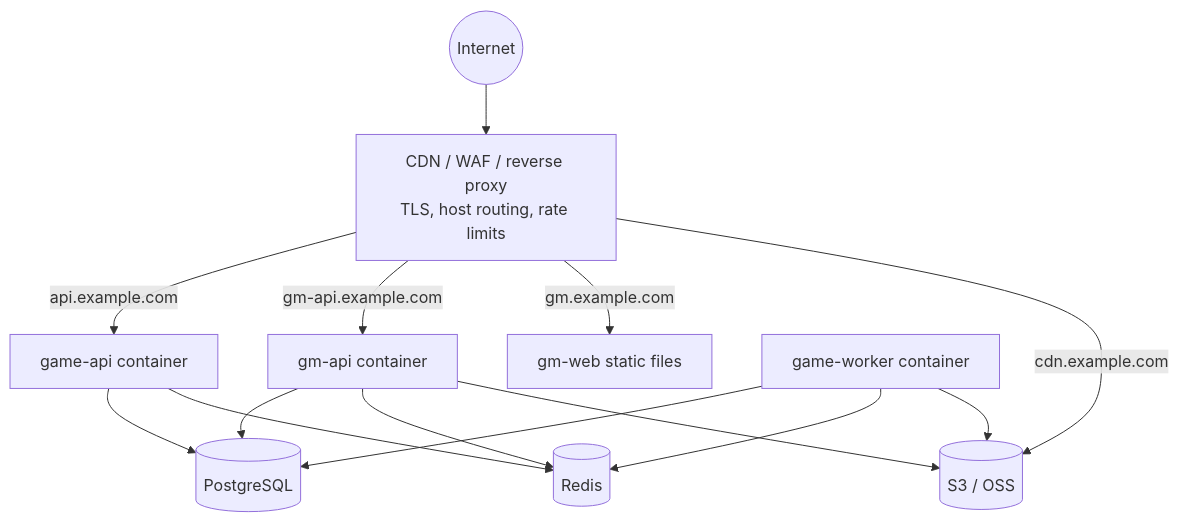
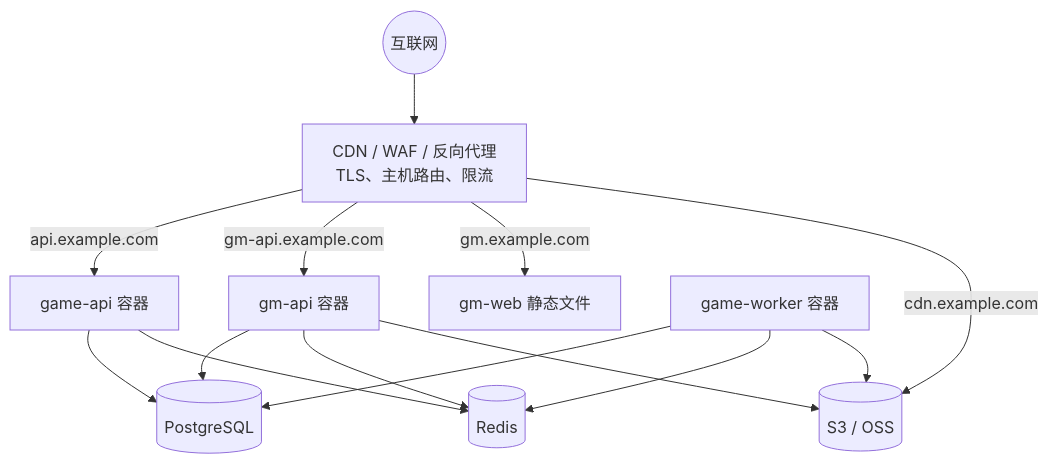
One commit to Sakuya1998/game-platform changed the diagram in docs/architecture/deployment-architecture.md. Above: the diagram before and after it, drawn with Mermaid. The commit also changed other lines of this file and 35 other files, not shown here.

````diff
--- a/docs/architecture/deployment-architecture.md
+++ b/docs/architecture/deployment-architecture.md
@@ -11,17 +11,17 @@
 ```mermaid
 flowchart TB
-  Internet((Internet)) --> Edge[CDN / WAF / reverse proxy<br/>TLS, host routing, rate limits]
-  Edge -->|api.example.com| GameAPI[game-api container]
-  Edge -->|gm-api.example.com| GMAPI[gm-api container]
-  Edge -->|gm.example.com| GMWeb[gm-web static files]
+  Internet((互联网)) --> Edge[CDN / WAF / 反向代理<br/>TLS、主机路由、限流]
+  Edge -->|api.example.com| GameAPI[game-api 容器]
+  Edge -->|gm-api.example.com| GMAPI[gm-api 容器]
+  Edge -->|gm.example.com| GMWeb[gm-web 静态文件]
   Edge -->|cdn.example.com| Bucket[(S3 / OSS)]
-  Worker[game-worker container]
+  Worker[game-worker 容器]
   GameAPI --> PG[(PostgreSQL)]
   GMAPI --> PG
   Worker --> PG
   GameAPI --> Redis[(Redis)]
   GMAPI --> Redis
   Worker --> Redis
   GMAPI --> Bucket
   Worker --> Bucket
 ```
````
